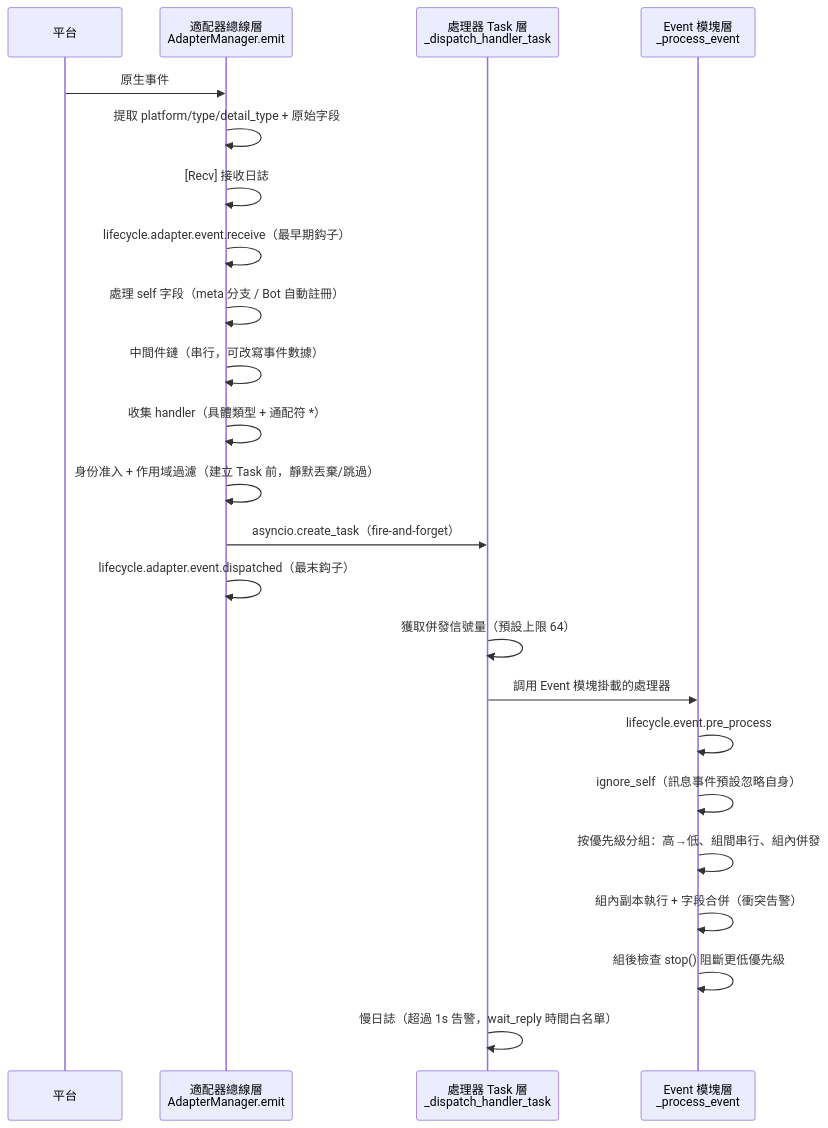
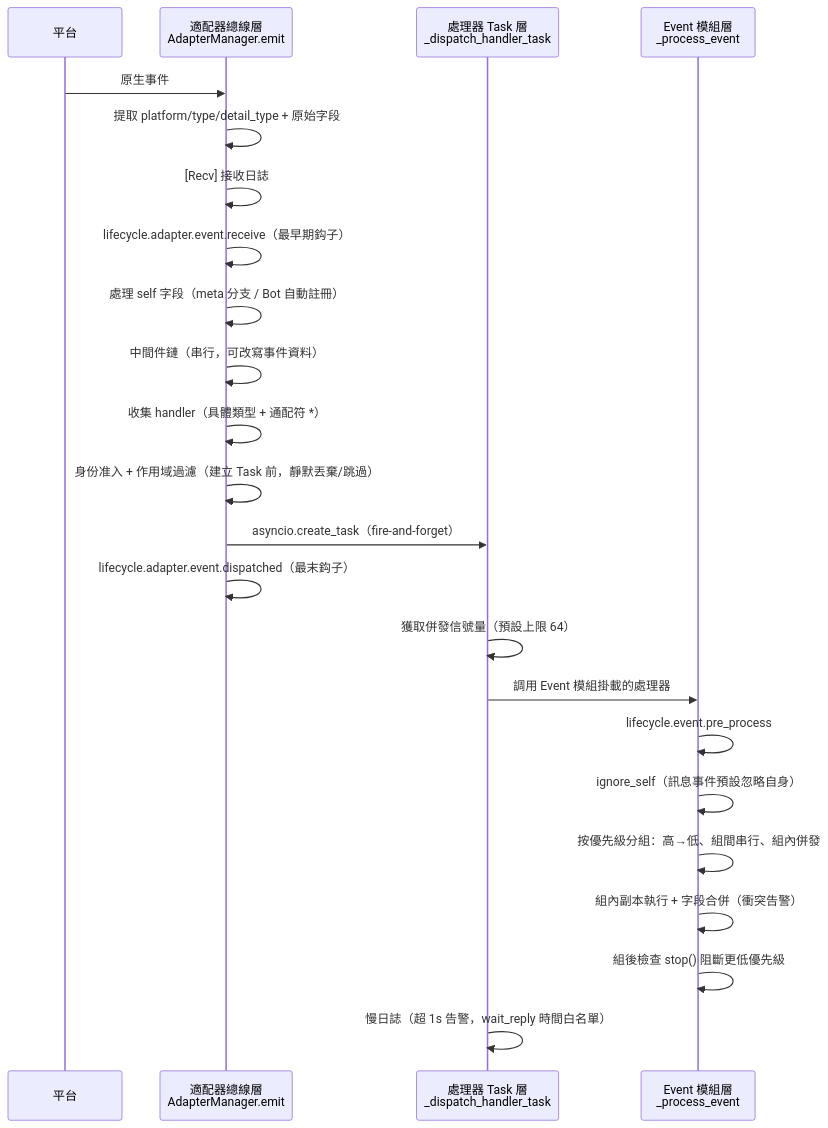
One commit to ErisPulse/ErisPulse changed the fourth of 9 diagrams in docs/zh-TW/architecture.md. Above: the diagram before and after it, drawn with Mermaid. The commit also changed other lines of this file and 91 other files, not shown here.

````diff
--- a/docs/zh-TW/architecture.md
+++ b/docs/zh-TW/architecture.md
@@ -109,26 +109,26 @@
 ```mermaid
 sequenceDiagram
     participant P as 平台
     participant A as 適配器總線層<br/>AdapterManager.emit
     participant T as 處理器 Task 層<br/>_dispatch_handler_task
-    participant E as Event 模塊層<br/>_process_event
+    participant E as Event 模組層<br/>_process_event
 
     P->>A: 原生事件
     A->>A: 提取 platform/type/detail_type + 原始字段
     A->>A: [Recv] 接收日誌
     A->>A: lifecycle.adapter.event.receive（最早期鈎子）
     A->>A: 處理 self 字段（meta 分支 / Bot 自動註冊）
-    A->>A: 中間件鏈（串行，可改寫事件數據）
+    A->>A: 中間件鏈（串行，可改寫事件資料）
     A->>A: 收集 handler（具體類型 + 通配符 *）
     A->>A: 身份准入 + 作用域過濾（建立 Task 前，靜默丟棄/跳過）
     A->>T: asyncio.create_task（fire-and-forget）
     A->>A: lifecycle.adapter.event.dispatched（最末鈎子）
     T->>T: 獲取併發信號量（預設上限 64）
-    T->>E: 調用 Event 模塊掛載的處理器
+    T->>E: 調用 Event 模組掛載的處理器
     E->>E: lifecycle.event.pre_process
     E->>E: ignore_self（訊息事件預設忽略自身）
     E->>E: 按優先級分組：高→低、組間串行、組內併發
     E->>E: 組內副本執行 + 字段合併（衝突告警）
     E->>E: 組後檢查 stop() 阻斷更低優先級
-    T->>T: 慢日誌（超過 1s 告警，wait_reply 時間白名單）
+    T->>T: 慢日誌（超 1s 告警，wait_reply 時間白名單）
 ```
````
